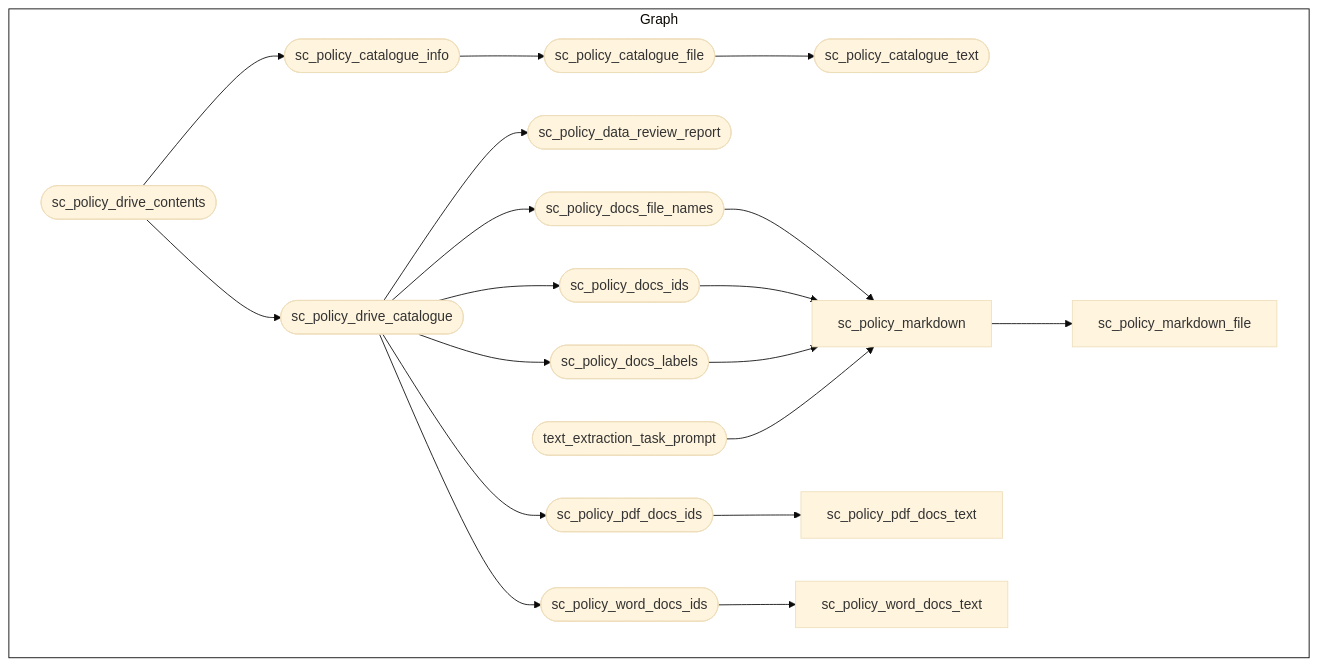
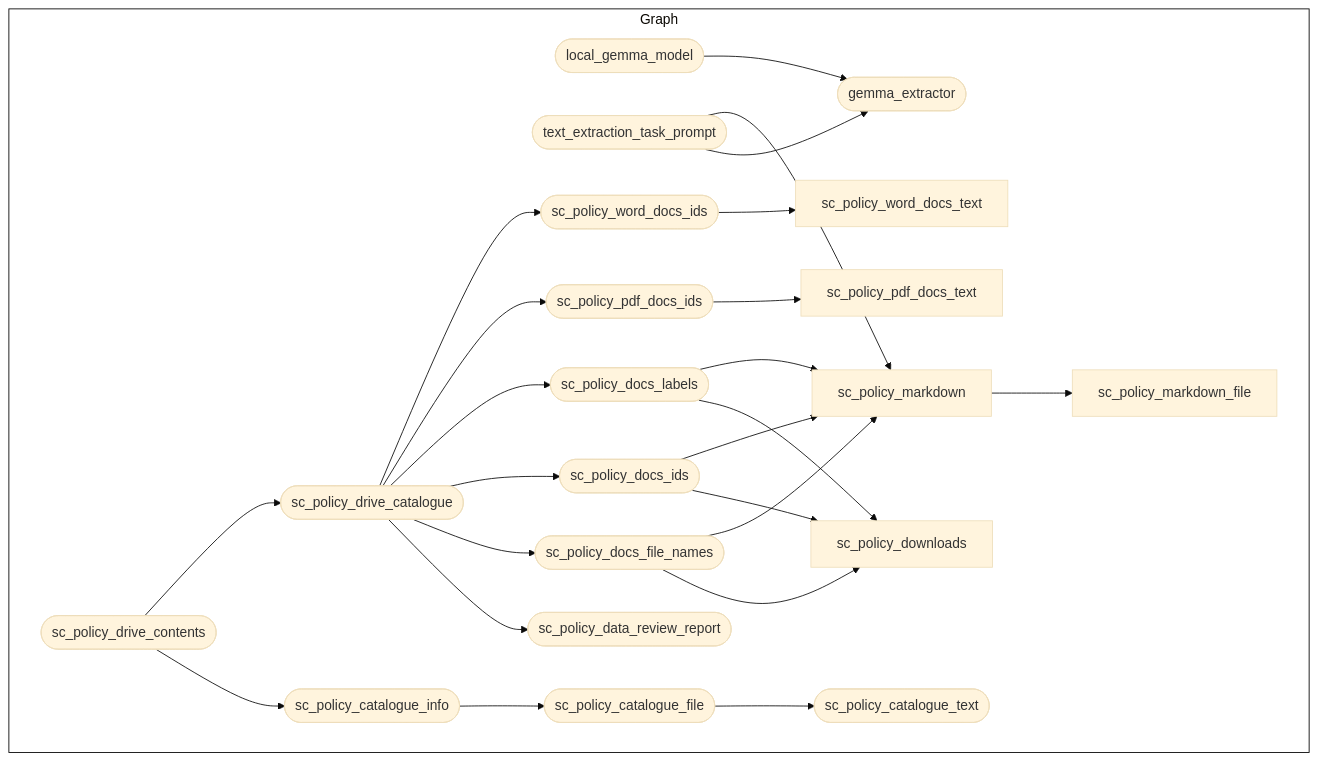
The diagram in README.md (OxfordIHTM/seypol), drawn with Mermaid (base theme) before and after one commit. The commit also changed other lines of this file and 144 other files, not shown here.

````diff
--- a/README.md
+++ b/README.md
@@ -128,25 +123,30 @@
 ``` mermaid
 graph LR
   style Graph fill:#FFFFFF00,stroke:#000000;
   subgraph Graph
     direction LR
+    xba597cd142706396(["local_gemma_model"]):::outdated --> xbdacf1efe57d11ba(["gemma_extractor"]):::outdated
+    x1b466685f9e11517(["text_extraction_task_prompt"]):::uptodate --> xbdacf1efe57d11ba(["gemma_extractor"]):::outdated
     x8d6cb232693ec2bd(["sc_policy_catalogue_info"]):::outdated --> x463e9687a755ea1f(["sc_policy_catalogue_file"]):::outdated
     x5e7ccb22ceeee8bc(["sc_policy_drive_contents"]):::outdated --> x8d6cb232693ec2bd(["sc_policy_catalogue_info"]):::outdated
     x463e9687a755ea1f(["sc_policy_catalogue_file"]):::outdated --> x762e8a6370ff7286(["sc_policy_catalogue_text"]):::outdated
-    xd2d008f1c464dae2(["sc_policy_drive_catalogue"]):::outdated --> x0213d3acdfc48626(["sc_policy_data_review_report"]):::outdated
-    xd2d008f1c464dae2(["sc_policy_drive_catalogue"]):::outdated --> xa5e9820ec774cf1f(["sc_policy_docs_file_names"]):::outdated
-    xd2d008f1c464dae2(["sc_policy_drive_catalogue"]):::outdated --> x8d87fc6cc54523e3(["sc_policy_docs_ids"]):::outdated
-    xd2d008f1c464dae2(["sc_policy_drive_catalogue"]):::outdated --> x7ef01fbef9fccbbe(["sc_policy_docs_labels"]):::outdated
-    x5e7ccb22ceeee8bc(["sc_policy_drive_contents"]):::outdated --> xd2d008f1c464dae2(["sc_policy_drive_catalogue"]):::outdated
+    xd2d008f1c464dae2(["sc_policy_drive_catalogue"]):::dispatched --> x0213d3acdfc48626(["sc_policy_data_review_report"]):::outdated
+    xd2d008f1c464dae2(["sc_policy_drive_catalogue"]):::dispatched --> xa5e9820ec774cf1f(["sc_policy_docs_file_names"]):::outdated
+    xd2d008f1c464dae2(["sc_policy_drive_catalogue"]):::dispatched --> x8d87fc6cc54523e3(["sc_policy_docs_ids"]):::outdated
+    xd2d008f1c464dae2(["sc_policy_drive_catalogue"]):::dispatched --> x7ef01fbef9fccbbe(["sc_policy_docs_labels"]):::outdated
+    xa5e9820ec774cf1f(["sc_policy_docs_file_names"]):::outdated --> x8572be3fb16caa03["sc_policy_downloads"]:::outdated
+    x8d87fc6cc54523e3(["sc_policy_docs_ids"]):::outdated --> x8572be3fb16caa03["sc_policy_downloads"]:::outdated
+    x7ef01fbef9fccbbe(["sc_policy_docs_labels"]):::outdated --> x8572be3fb16caa03["sc_policy_downloads"]:::outdated
+    x5e7ccb22ceeee8bc(["sc_policy_drive_contents"]):::outdated --> xd2d008f1c464dae2(["sc_policy_drive_catalogue"]):::dispatched
+    x8d87fc6cc54523e3(["sc_policy_docs_ids"]):::outdated --> x044b00013eb39812["sc_policy_markdown"]:::outdated
     xa5e9820ec774cf1f(["sc_policy_docs_file_names"]):::outdated --> x044b00013eb39812["sc_policy_markdown"]:::outdated
-    x8d87fc6cc54523e3(["sc_policy_docs_ids"]):::outdated --> x044b00013eb39812["sc_policy_markdown"]:::outdated
+    x1b466685f9e11517(["text_extraction_task_prompt"]):::uptodate --> x044b00013eb39812["sc_policy_markdown"]:::outdated
     x7ef01fbef9fccbbe(["sc_policy_docs_labels"]):::outdated --> x044b00013eb39812["sc_policy_markdown"]:::outdated
-    x1b466685f9e11517(["text_extraction_task_prompt"]):::uptodate --> x044b00013eb39812["sc_policy_markdown"]:::outdated
     x044b00013eb39812["sc_policy_markdown"]:::outdated --> xbd612e9dc82447c3["sc_policy_markdown_file"]:::outdated
-    xd2d008f1c464dae2(["sc_policy_drive_catalogue"]):::outdated --> x8905c86b68f40ec5(["sc_policy_pdf_docs_ids"]):::outdated
+    xd2d008f1c464dae2(["sc_policy_drive_catalogue"]):::dispatched --> x8905c86b68f40ec5(["sc_policy_pdf_docs_ids"]):::outdated
     x8905c86b68f40ec5(["sc_policy_pdf_docs_ids"]):::outdated --> xd96542c0567331d8["sc_policy_pdf_docs_text"]:::outdated
-    xd2d008f1c464dae2(["sc_policy_drive_catalogue"]):::outdated --> xc74dba881a897b12(["sc_policy_word_docs_ids"]):::outdated
+    xd2d008f1c464dae2(["sc_policy_drive_catalogue"]):::dispatched --> xc74dba881a897b12(["sc_policy_word_docs_ids"]):::outdated
     xc74dba881a897b12(["sc_policy_word_docs_ids"]):::outdated --> xa6ac053d07a1ae95["sc_policy_word_docs_text"]:::outdated
     
   end
 ```
````
